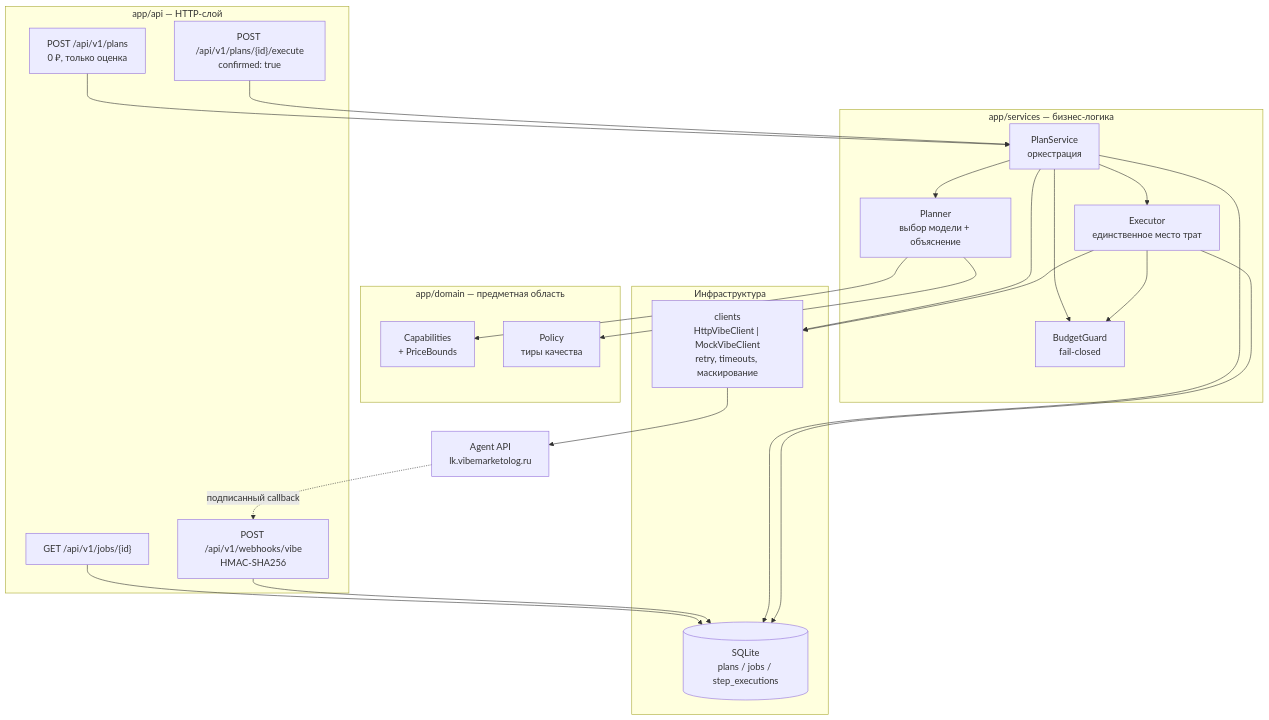
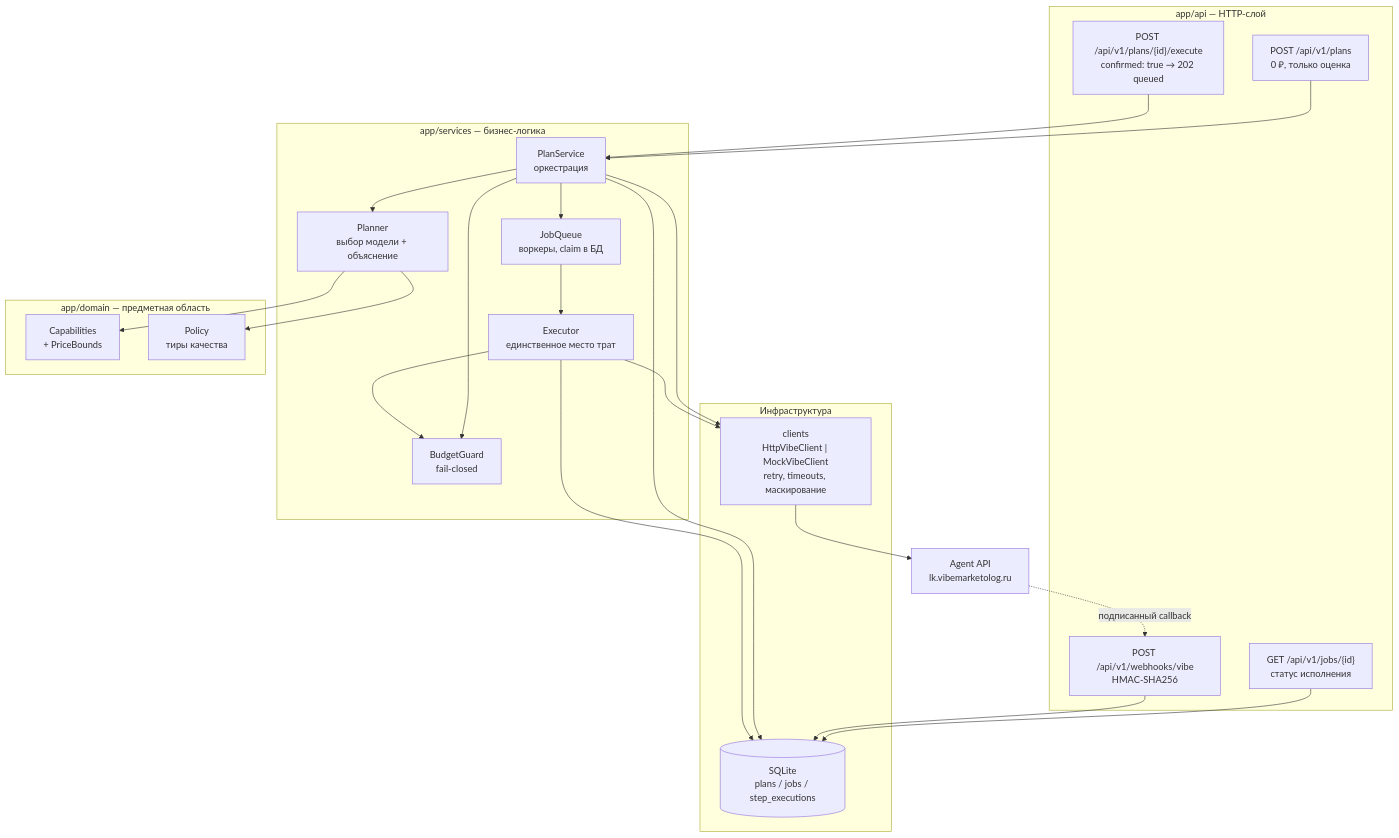
The diagram in README.md (pargevk1996-a11y/agent_006), drawn with Mermaid before and after one commit. The commit also changed other lines of this file and 19 other files, not shown here.

````diff
--- a/README.md
+++ b/README.md
@@ -61,45 +66,47 @@
 ```mermaid
 flowchart TB
     subgraph API["app/api — HTTP-слой"]
         P["POST /api/v1/plans<br/>0 ₽, только оценка"]
-        E["POST /api/v1/plans/{id}/execute<br/>confirmed: true"]
-        J["GET /api/v1/jobs/{id}"]
+        E["POST /api/v1/plans/{id}/execute<br/>confirmed: true → 202 queued"]
+        J["GET /api/v1/jobs/{id}<br/>статус исполнения"]
         W["POST /api/v1/webhooks/vibe<br/>HMAC-SHA256"]
     end
 
     subgraph SVC["app/services — бизнес-логика"]
         PS["PlanService<br/>оркестрация"]
         PL["Planner<br/>выбор модели + объяснение"]
         BG["BudgetGuard<br/>fail-closed"]
+        Q["JobQueue<br/>воркеры, claim в БД"]
         EX["Executor<br/>единственное место трат"]
     end
 
     subgraph DOM["app/domain — предметная область"]
         CAP["Capabilities<br/>+ PriceBounds"]
         POL["Policy<br/>тиры качества"]
     end
 
     subgraph INF["Инфраструктура"]
         CL["clients<br/>HttpVibeClient | MockVibeClient<br/>retry, timeouts, маскирование"]
         DB[("SQLite<br/>plans / jobs / step_executions")]
     end
 
     VIBE["Agent API<br/>lk.vibemarketolog.ru"]
 
     P --> PS
     E --> PS
     J --> DB
     W --> DB
     PS --> PL
     PL --> POL
     PL --> CAP
     PS --> BG
-    PS --> EX
+    PS --> Q
+    Q --> EX
     EX --> BG
     PS --> CL
     EX --> CL
     CL --> VIBE
     PS --> DB
     EX --> DB
     VIBE -.->|подписанный callback| W
 ```
````
